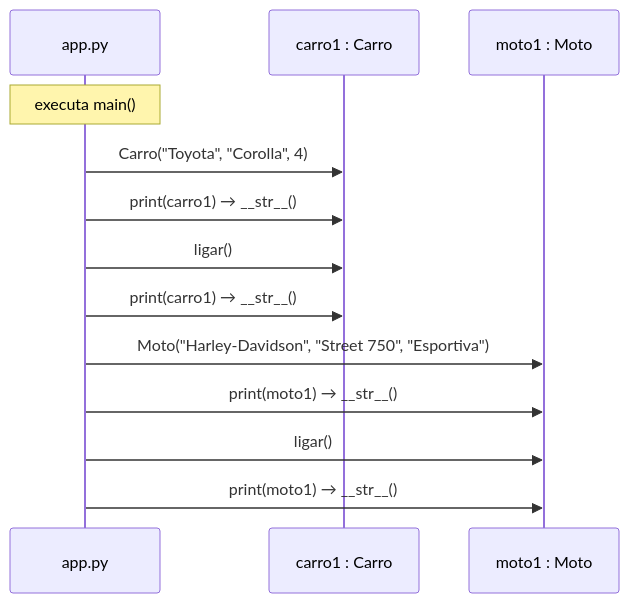
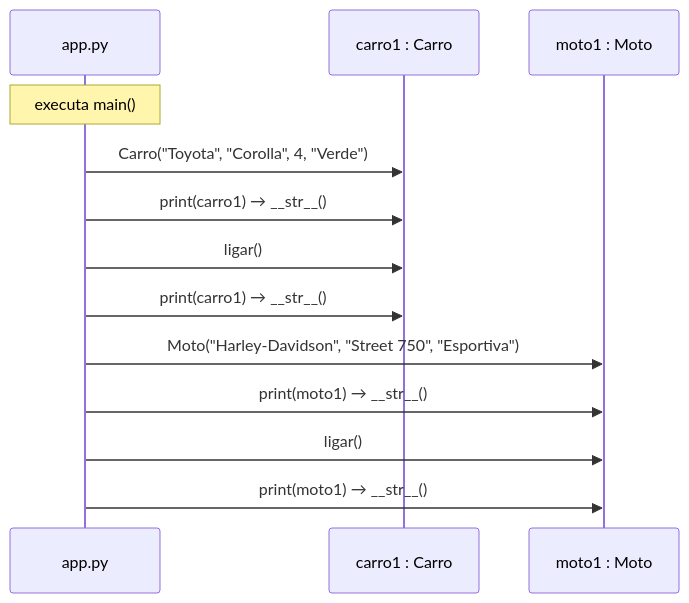
Before and after one commit to marcuswlima/learning: the third of 3 diagrams in python/alura/carreira/NIVEL1/03-objetos-API/VEICULOS/README.md, drawn with Mermaid. The commit also changed other lines of this file, not shown here.

````diff
--- a/python/alura/carreira/NIVEL1/03-objetos-API/VEICULOS/README.md
+++ b/python/alura/carreira/NIVEL1/03-objetos-API/VEICULOS/README.md
@@ -148,16 +169,16 @@
 ```mermaid
 sequenceDiagram
     participant App as app.py
     participant C as carro1 : Carro
     participant M as moto1 : Moto
 
     Note over App: executa main()
-    App->>C: Carro("Toyota", "Corolla", 4)
+    App->>C: Carro("Toyota", "Corolla", 4, "Verde")
     App->>C: print(carro1)  →  __str__()
     App->>C: ligar()
     App->>C: print(carro1)  →  __str__()
     App->>M: Moto("Harley-Davidson", "Street 750", "Esportiva")
     App->>M: print(moto1)  →  __str__()
     App->>M: ligar()
     App->>M: print(moto1)  →  __str__()
 ```
````
